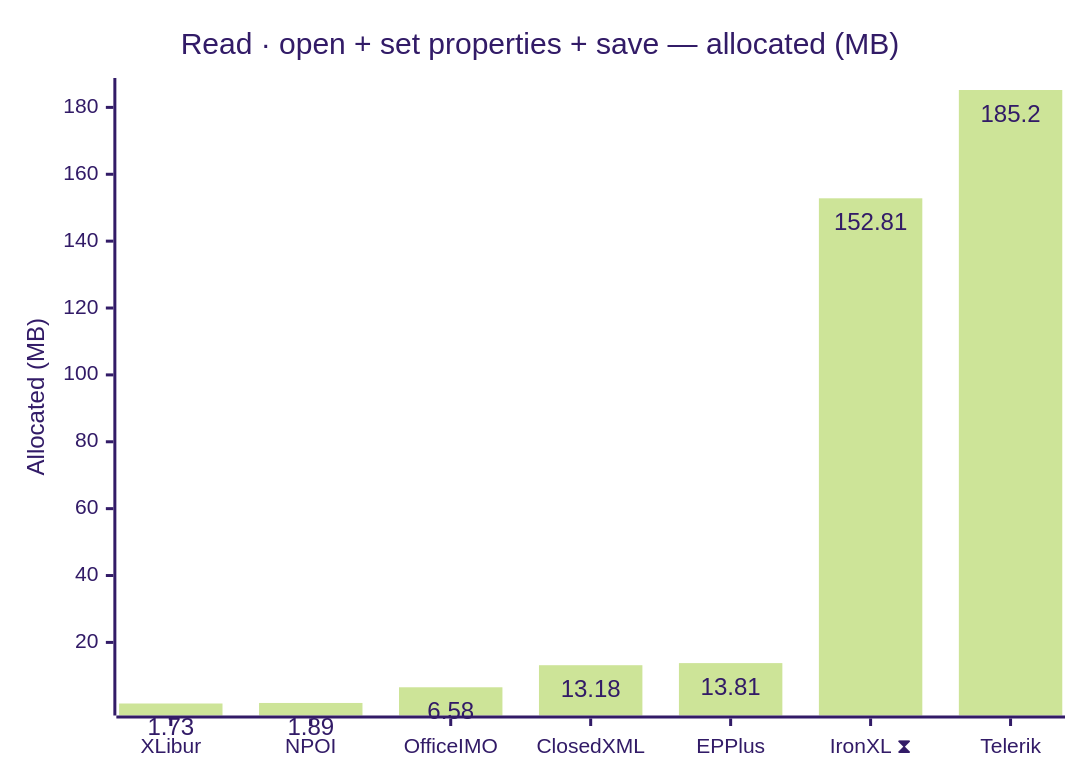
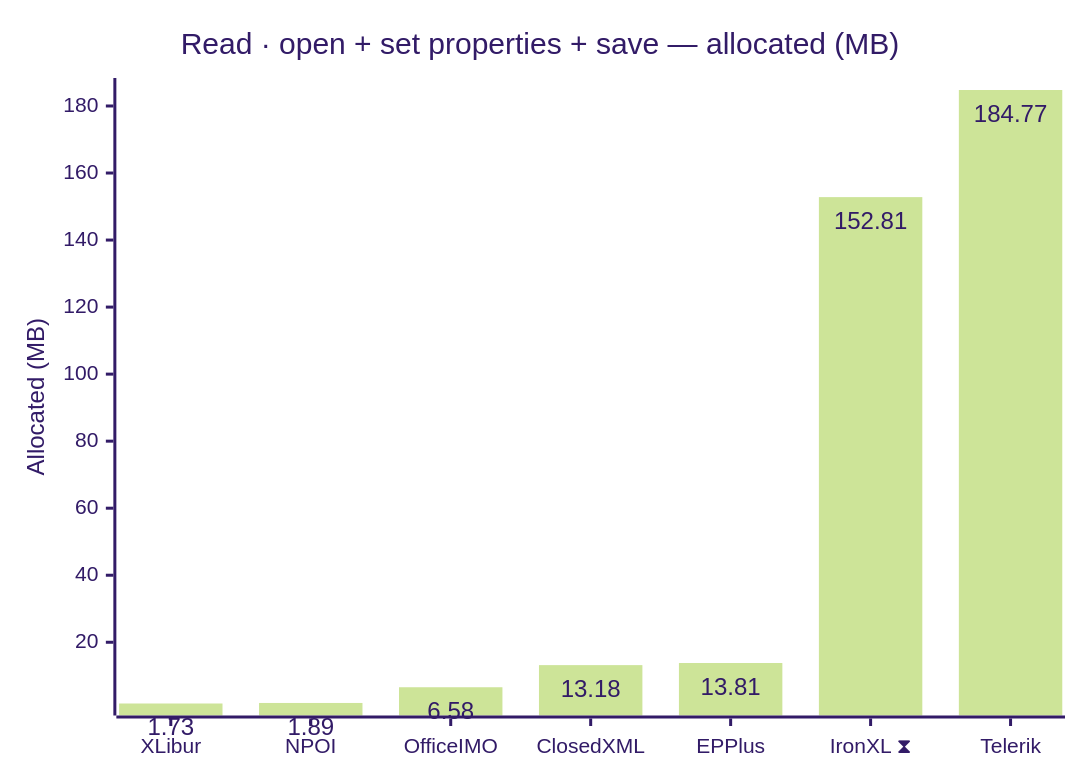
One commit to jafin/XLBench changed the second of 12 diagrams in docs/results.md. Above: the diagram before and after it, drawn with Mermaid (forest theme). The commit also changed other lines of this file and 11 other files, not shown here.

````diff
--- a/docs/results.md
+++ b/docs/results.md
@@ -54,12 +55,12 @@
 ```mermaid
 ---
 config:
   xyChart:
     showDataLabel: true
 ---
 xychart-beta
     title "Read · open + set properties + save — allocated (MB)"
     x-axis ["XLibur", "NPOI", "OfficeIMO", "ClosedXML", "EPPlus", "IronXL ⧗", "Telerik"]
     y-axis "Allocated (MB)"
-    bar [1.73, 1.89, 6.58, 13.18, 13.81, 152.81, 185.2]
+    bar [1.73, 1.89, 6.58, 13.18, 13.81, 152.81, 184.77]
 ```
````
